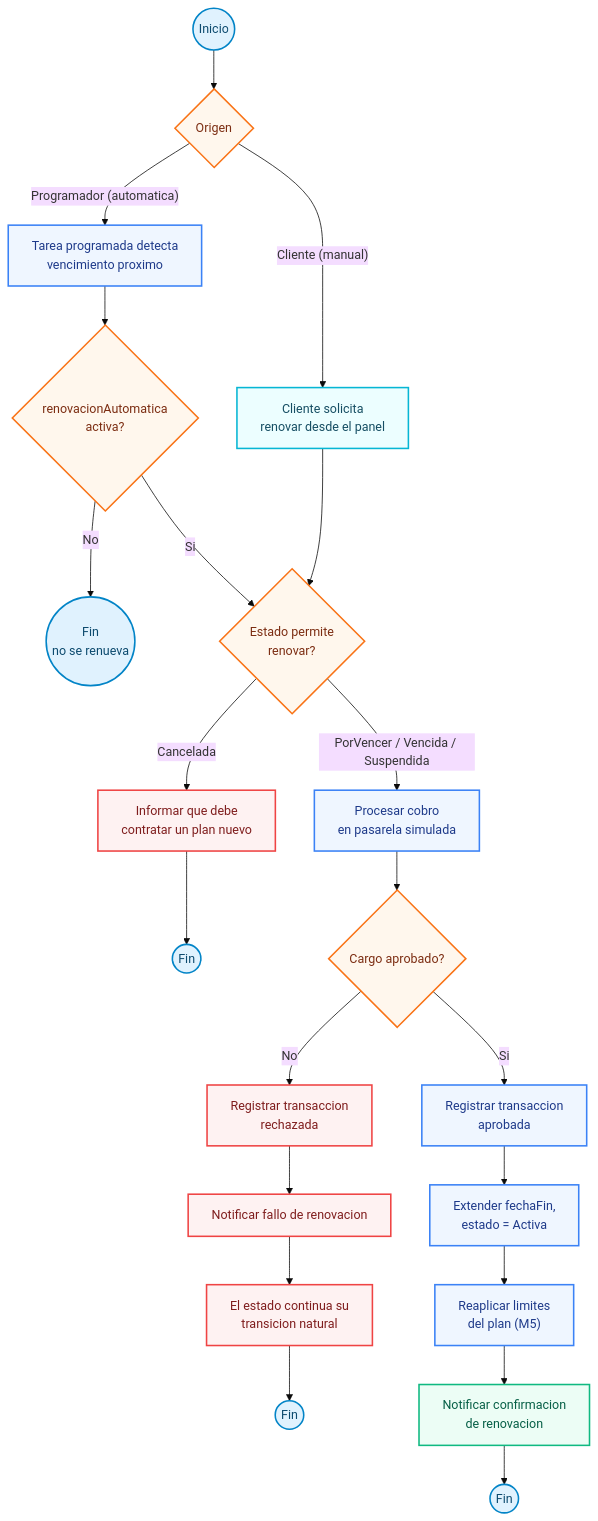
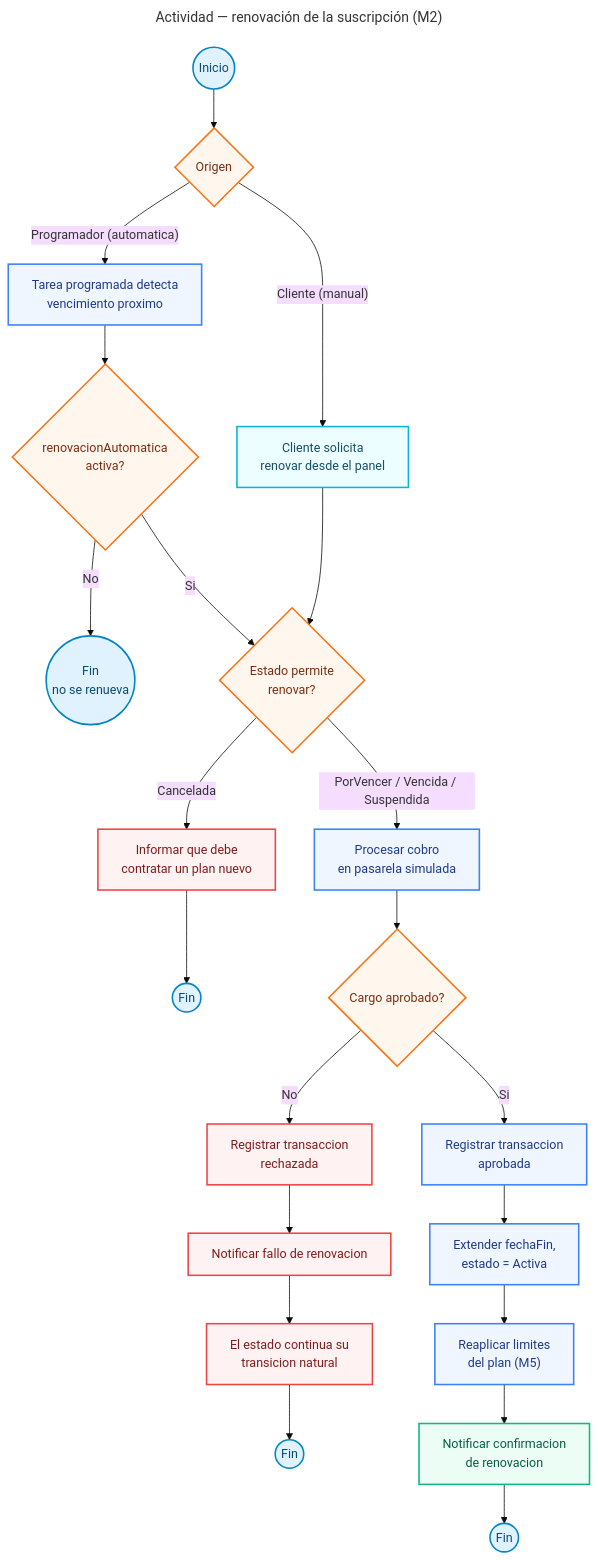
One commit to derekCmorales/deploya changed the diagram in docs/diagramas/m1-m10/m2-actividad-renovacion.mmd. Above: the diagram before and after it, drawn with Mermaid (base theme). The commit also changed 100 other files, not shown here.

```diff
--- a/docs/diagramas/m1-m10/m2-actividad-renovacion.mmd
+++ b/docs/diagramas/m1-m10/m2-actividad-renovacion.mmd
@@ -1,48 +1,51 @@
+---
+title: Actividad — renovación de la suscripción (M2)
+---
 flowchart TB
     START(("Inicio")) --> A{"Origen"}
     A -- "Cliente (manual)" --> B["Cliente solicita<br>renovar desde el panel"]
     A -- "Programador (automatica)" --> C["Tarea programada detecta<br>vencimiento proximo"]
     C --> D{"renovacionAutomatica<br>activa?"}
     D -- No --> END0(("Fin<br>no se renueva"))
     D -- Si --> E
     B --> E{"Estado permite<br>renovar?"}
     E -- "Cancelada" --> F["Informar que debe<br>contratar un plan nuevo"]
     F --> END1(("Fin"))
     E -- "PorVencer / Vencida / Suspendida" --> G["Procesar cobro<br>en pasarela simulada"]
     G --> H{"Cargo aprobado?"}
     H -- No --> I["Registrar transaccion<br>rechazada"]
     I --> J["Notificar fallo de renovacion"]
     J --> K["El estado continua su<br>transicion natural"]
     K --> END2(("Fin"))
     H -- Si --> L["Registrar transaccion<br>aprobada"]
     L --> M["Extender fechaFin,<br>estado = Activa"]
     M --> N["Reaplicar limites<br>del plan (M5)"]
     N --> O["Notificar confirmacion<br>de renovacion"]
     O --> END3(("Fin"))
 
      START:::startEnd
      A:::decision
      B:::input
      C:::process
      D:::decision
      END0:::startEnd
      E:::decision
      F:::error
      END1:::startEnd
      G:::process
      H:::decision
      I:::error
      J:::error
      K:::error
      END2:::startEnd
      L:::process
      M:::process
      N:::process
      O:::success
      END3:::startEnd
     classDef startEnd fill:#e0f2fe,stroke:#0284c7,stroke-width:2px,color:#0c4a6e
     classDef input fill:#ecfeff,stroke:#06b6d4,stroke-width:2px,color:#164e63
     classDef process fill:#eff6ff,stroke:#3b82f6,stroke-width:2px,color:#1e3a8a
     classDef decision fill:#fff7ed,stroke:#f97316,stroke-width:2px,color:#7c2d12
     classDef error fill:#fef2f2,stroke:#ef4444,stroke-width:2px,color:#7f1d1d
     classDef success fill:#ecfdf5,stroke:#10b981,stroke-width:2px,color:#065f46
```
